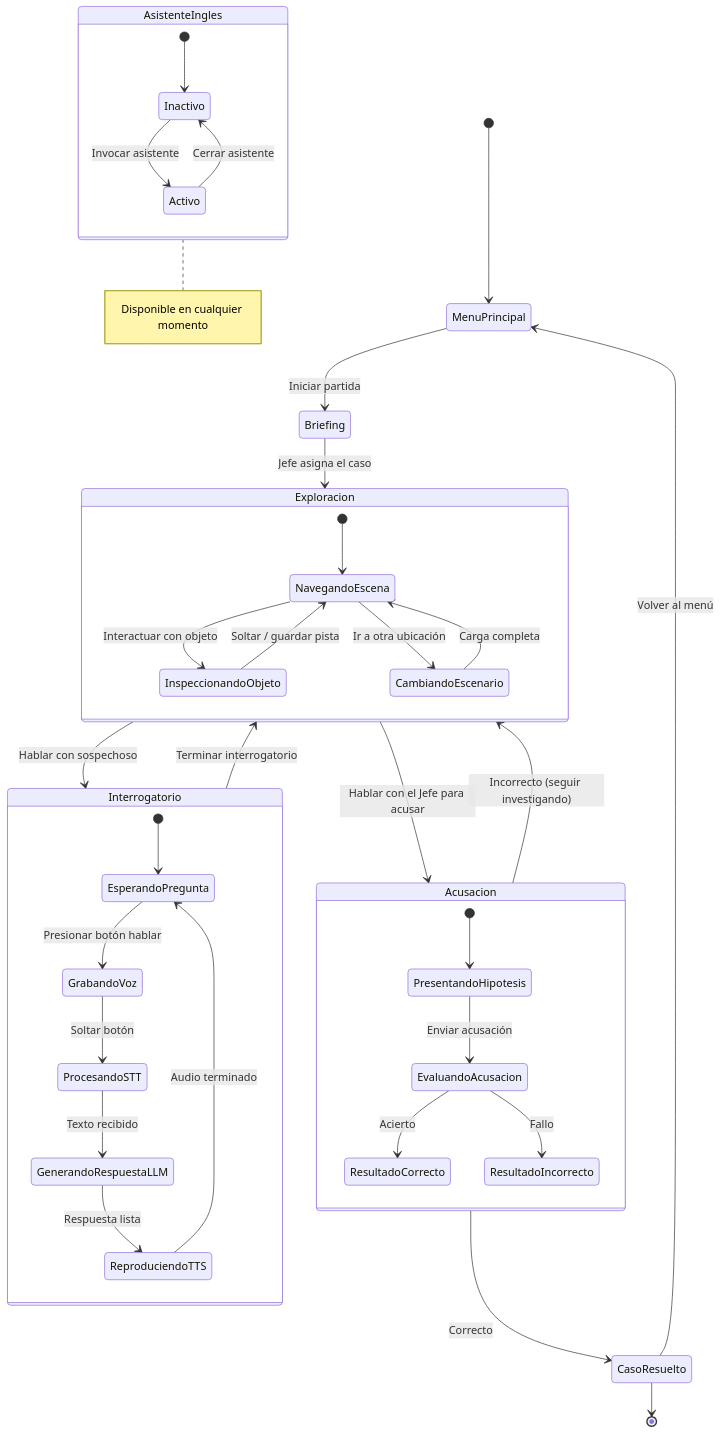
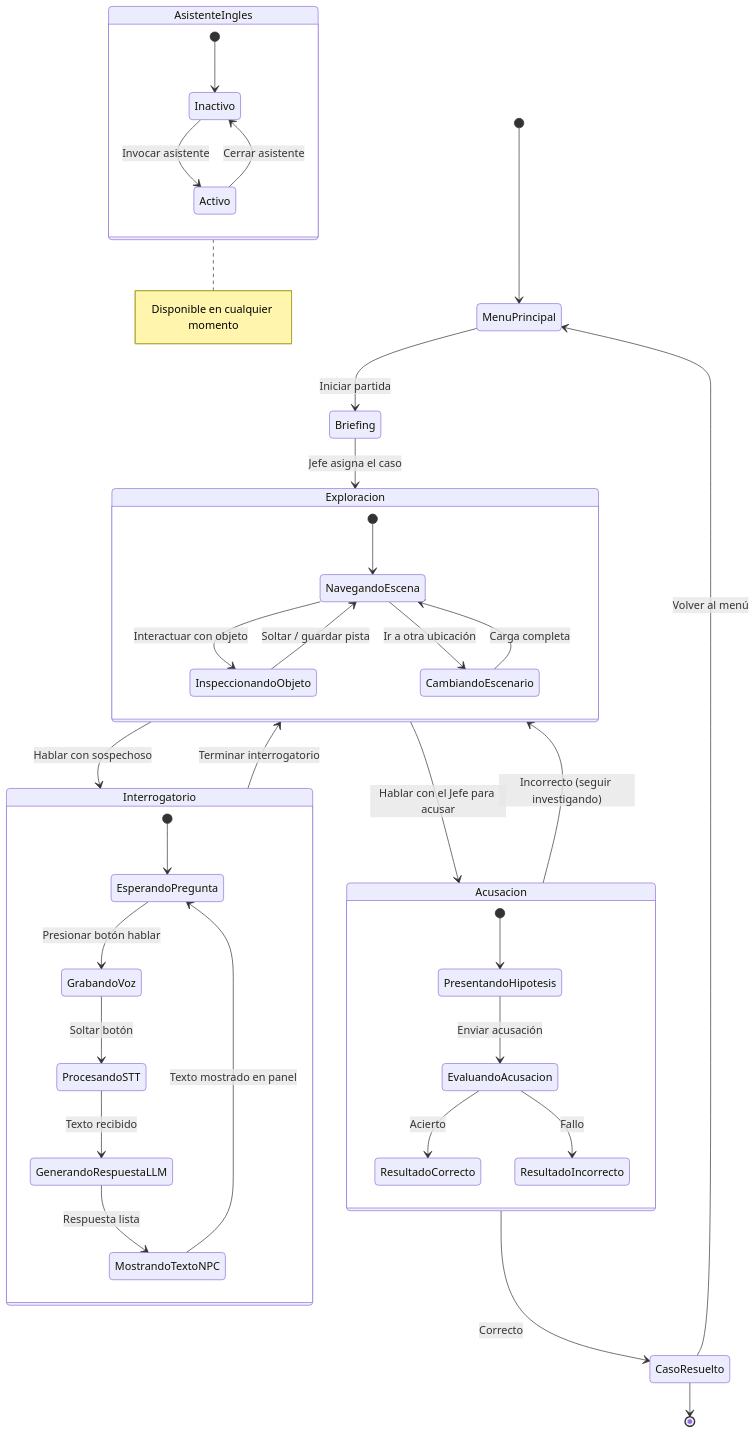
One commit to naxoruto/TE-limonchero-3d changed the sixth of 6 diagrams in design/gdd/entrega_1_diseno.md. Above: the diagram before and after it, drawn with Mermaid. The commit also changed other lines of this file and 6 other files, not shown here.

````diff
--- a/design/gdd/entrega_1_diseno.md
+++ b/design/gdd/entrega_1_diseno.md
@@ -441,52 +448,52 @@
 ```mermaid
 stateDiagram-v2
 	[*] --> MenuPrincipal
 
 	MenuPrincipal --> Briefing: Iniciar partida
 
 	Briefing --> Exploracion: Jefe asigna el caso
 	
 	state Exploracion {
 		[*] --> NavegandoEscena
 		NavegandoEscena --> InspeccionandoObjeto: Interactuar con objeto
 		InspeccionandoObjeto --> NavegandoEscena: Soltar / guardar pista
 		NavegandoEscena --> CambiandoEscenario: Ir a otra ubicación
 		CambiandoEscenario --> NavegandoEscena: Carga completa
 	}
 
 	Exploracion --> Interrogatorio: Hablar con sospechoso
 	
 	state Interrogatorio {
 		[*] --> EsperandoPregunta
 		EsperandoPregunta --> GrabandoVoz: Presionar botón hablar
 		GrabandoVoz --> ProcesandoSTT: Soltar botón
 		ProcesandoSTT --> GenerandoRespuestaLLM: Texto recibido
-		GenerandoRespuestaLLM --> ReproduciendoTTS: Respuesta lista
-		ReproduciendoTTS --> EsperandoPregunta: Audio terminado
+		GenerandoRespuestaLLM --> MostrandoTextoNPC: Respuesta lista
+		MostrandoTextoNPC --> EsperandoPregunta: Texto mostrado en panel
 	}
 
 	Interrogatorio --> Exploracion: Terminar interrogatorio
 
 	Exploracion --> Acusacion: Hablar con el Jefe para acusar
 
 	state Acusacion {
 		[*] --> PresentandoHipotesis
 		PresentandoHipotesis --> EvaluandoAcusacion: Enviar acusación
 		EvaluandoAcusacion --> ResultadoCorrecto: Acierto
 		EvaluandoAcusacion --> ResultadoIncorrecto: Fallo
 	}
 
 	Acusacion --> CasoResuelto: Correcto
 	Acusacion --> Exploracion: Incorrecto (seguir investigando)
 	
 	CasoResuelto --> MenuPrincipal: Volver al menú
 	CasoResuelto --> [*]
 
 	state AsistenteIngles {
 		[*] --> Inactivo
 		Inactivo --> Activo: Invocar asistente
 		Activo --> Inactivo: Cerrar asistente
 	}
 
 	note right of AsistenteIngles: Disponible en cualquier momento
 ```
````
